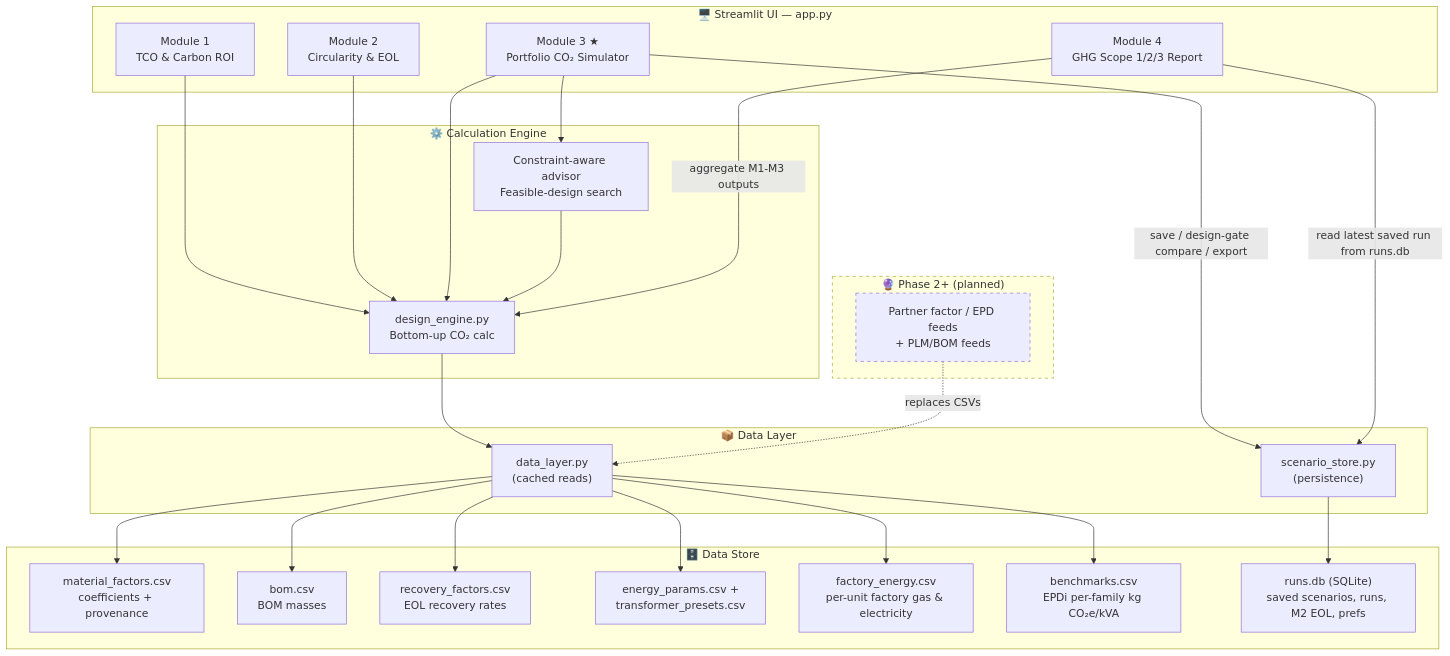
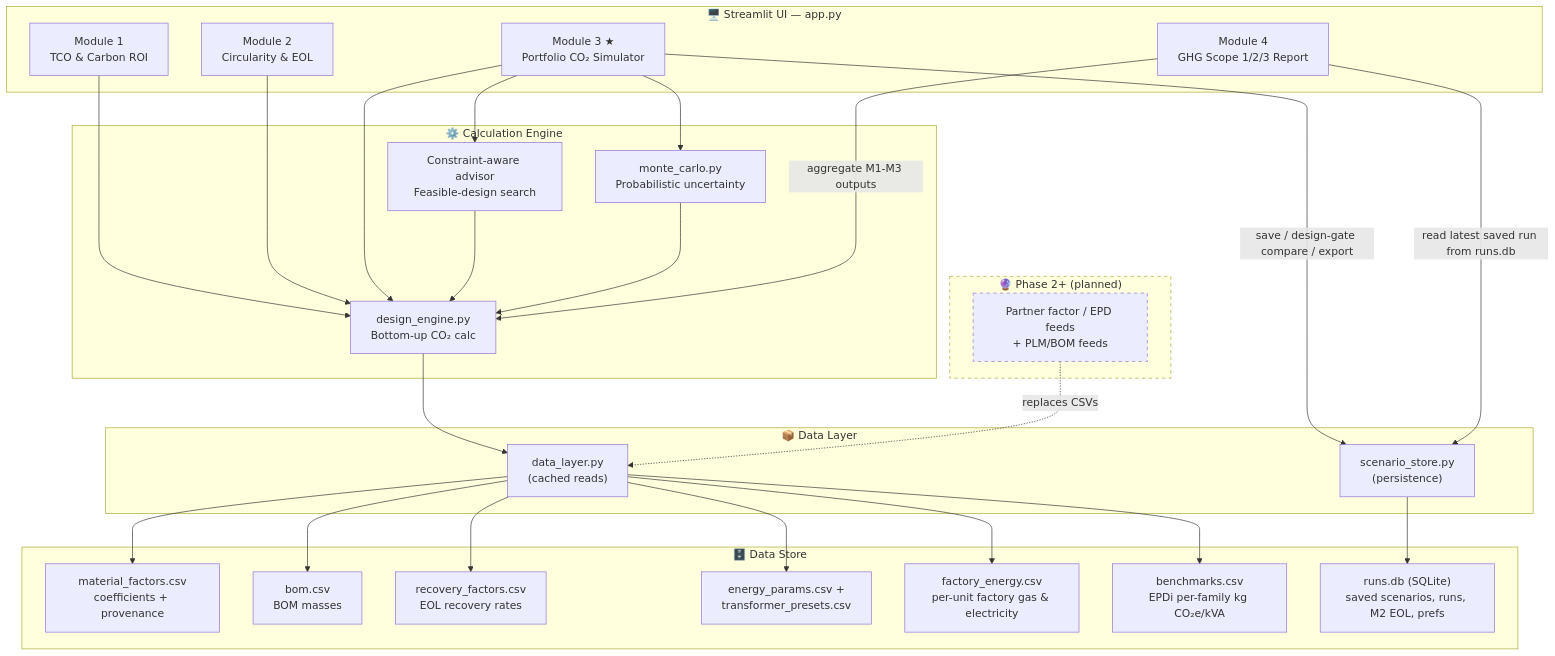
Before and after one commit to lugasraka/CO2-calculator-prototype-transformer: the first of 2 diagrams in README.md, drawn with Mermaid. The commit also changed other lines of this file and 4 other files, not shown here.

Commit message:
feat: add Monte Carlo uncertainty analysis to Portfolio CO₂ Simulator and update documentation

````diff
--- a/README.md
+++ b/README.md
@@ -43,54 +43,57 @@
 ```mermaid
 flowchart TD
     subgraph UI["🖥️ Streamlit UI — app.py"]
         M1["Module 1<br/>TCO & Carbon ROI"]
         M2["Module 2<br/>Circularity & EOL"]
         M3["Module 3 ★<br/>Portfolio CO₂ Simulator"]
         M4["Module 4<br/>GHG Scope 1/2/3 Report"]
     end
 
     subgraph LOGIC["⚙️ Calculation Engine"]
         CALC["design_engine.py<br/>Bottom-up CO₂ calc"]
         ADVISOR["Constraint-aware advisor<br/>Feasible-design search"]
+        MC["monte_carlo.py<br/>Probabilistic uncertainty"]
     end
 
     subgraph DATA["📦 Data Layer"]
         DL["data_layer.py<br/>(cached reads)"]
         SS["scenario_store.py<br/>(persistence)"]
     end
 
     subgraph STORE["🗄️ Data Store"]
         MF["material_factors.csv<br/>coefficients + provenance"]
         BOM["bom.csv<br/>BOM masses"]
         RF["recovery_factors.csv<br/>EOL recovery rates"]
         EP["energy_params.csv +<br/>transformer_presets.csv"]
         FE["factory_energy.csv<br/>per-unit factory gas & electricity"]
         BM["benchmarks.csv<br/>EPDi per-family kg CO₂e/kVA"]
         DB["runs.db (SQLite)<br/>saved scenarios, runs, M2 EOL, prefs"]
     end
 
     subgraph FUTURE["🔮 Phase 2+ (planned)"]
         FEED["Partner factor / EPD feeds<br/>+ PLM/BOM feeds"]
     end
 
     M1 --> CALC
     M2 --> CALC
     M3 --> CALC
     M3 --> ADVISOR
+    M3 --> MC
     ADVISOR --> CALC
+    MC --> CALC
     M4 -->|aggregate M1-M3 outputs| CALC
     CALC --> DL
     M3 -->|save / design-gate compare / export| SS
     M4 -->|read latest saved run from runs.db| SS
     DL --> MF
     DL --> BOM
     DL --> RF
     DL --> EP
     DL --> FE
     DL --> BM
     SS --> DB
     FEED -.replaces CSVs.-> DL
 
     classDef future stroke-dasharray: 5 5;
     class FUTURE,FEED future;
 ```
````
